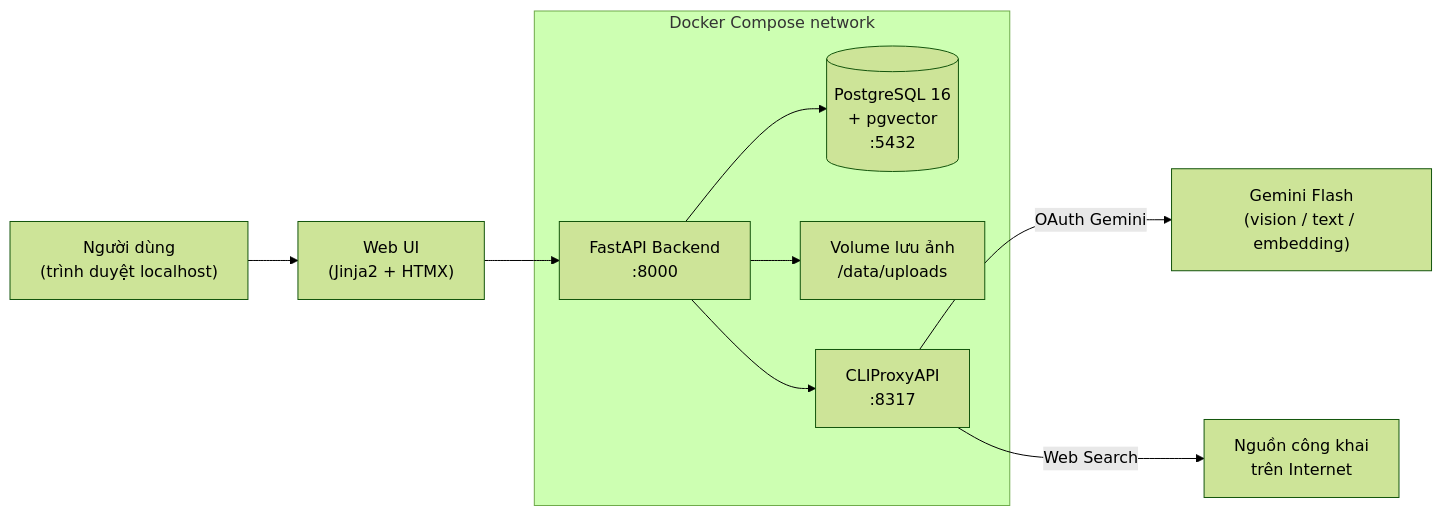
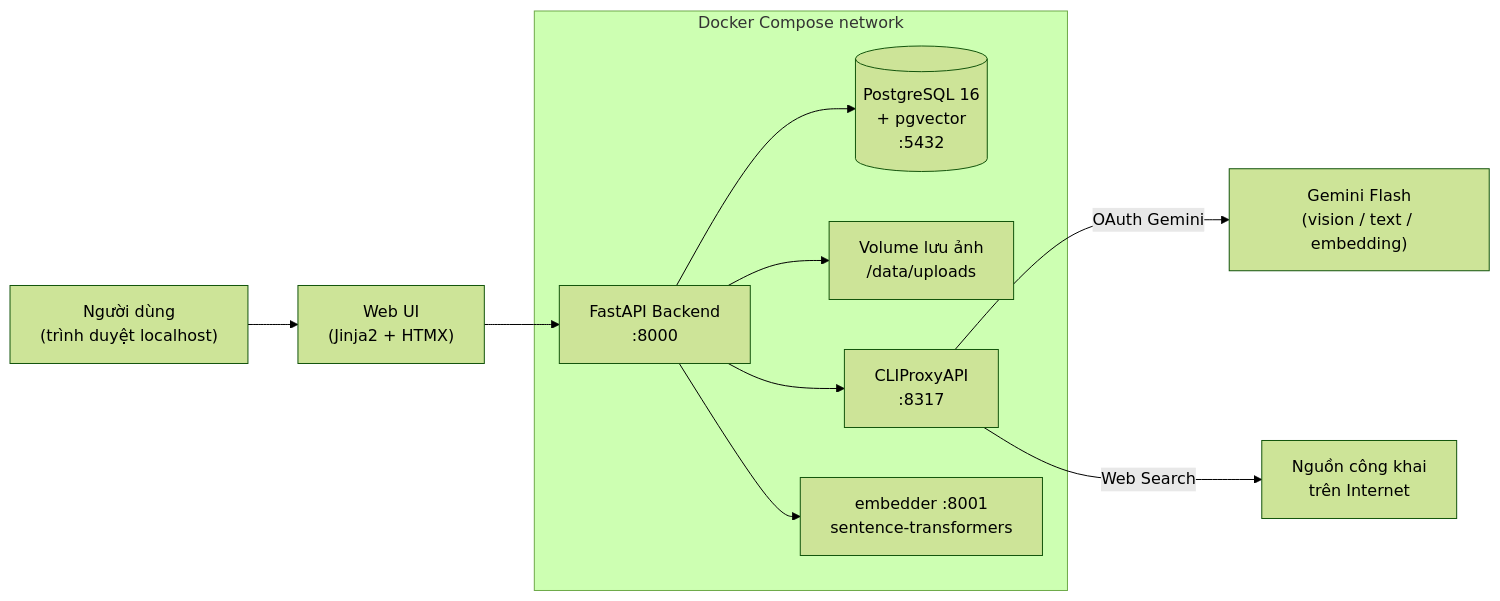
The first of 3 diagrams in Plan.md (quannt2403pc/BussinessCard_OCR), drawn with Mermaid (forest theme) before and after one commit. The commit also changed other lines of this file and 85 other files, not shown here.

````diff
--- a/Plan.md
+++ b/Plan.md
@@ -40,14 +42,15 @@
 ```mermaid
 flowchart LR
     U["Người dùng<br/>(trình duyệt localhost)"] --> W["Web UI<br/>(Jinja2 + HTMX)"]
     W --> API["FastAPI Backend<br/>:8000"]
 
     subgraph APP["Docker Compose network"]
         API --> DB[("PostgreSQL 16<br/>+ pgvector<br/>:5432")]
         API --> ST["Volume lưu ảnh<br/>/data/uploads"]
         API --> PX["CLIProxyAPI<br/>:8317"]
+        API --> EMB["embedder :8001<br/>sentence-transformers"]
     end
 
     PX -->|OAuth Gemini| G["Gemini Flash<br/>(vision / text / embedding)"]
     PX -->|Web Search| NET["Nguồn công khai<br/>trên Internet"]
 ```
````
